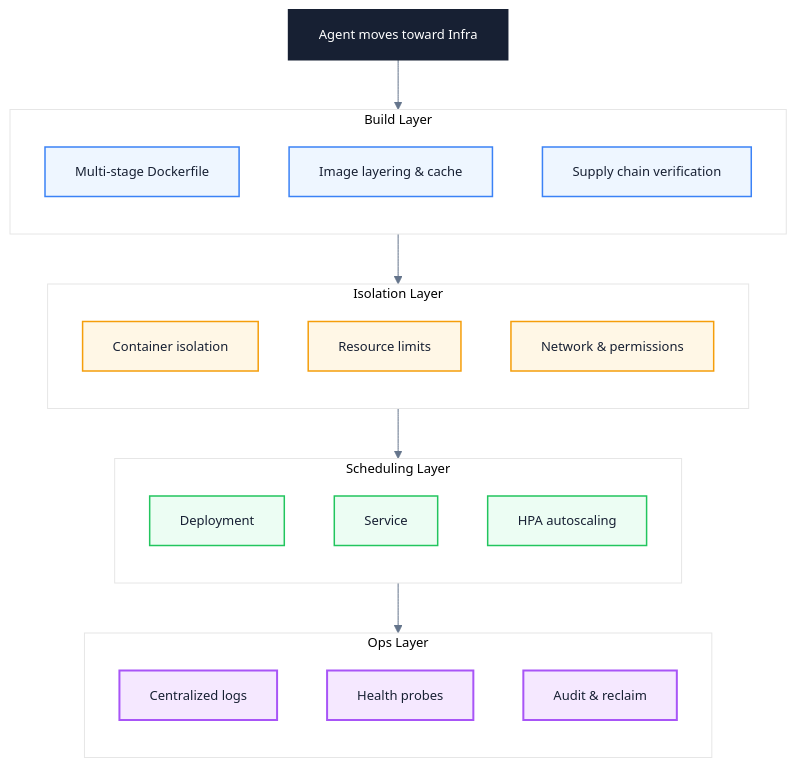
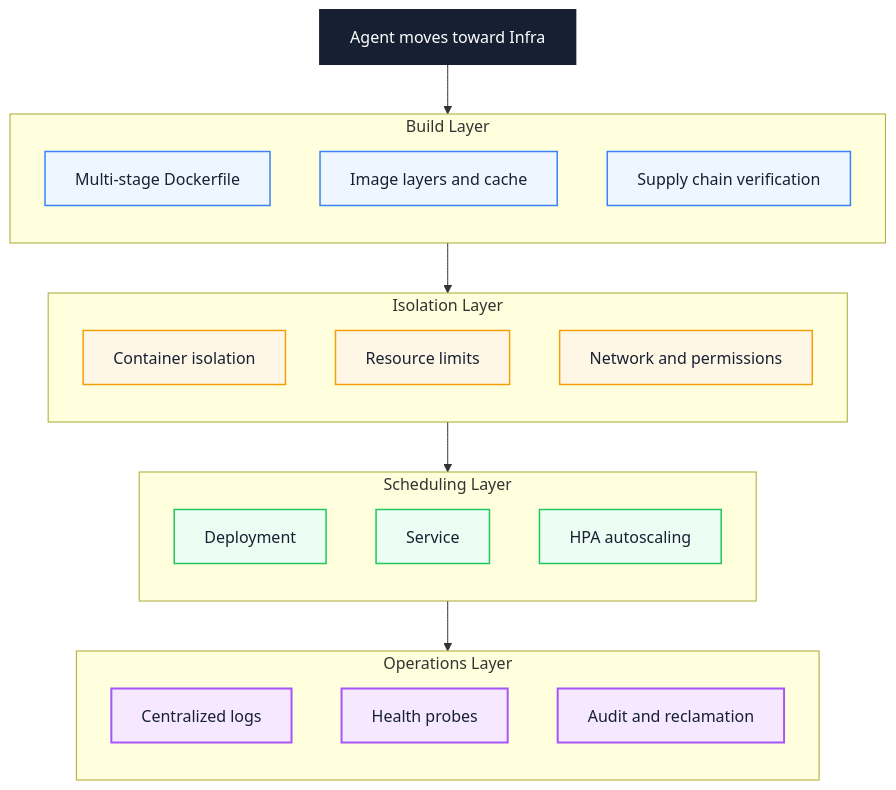
The fifth of 6 diagrams in docs/en/ai/agent-engineering-learning-path.md (Fatejian/frontier-vault), drawn with Mermaid before and after one commit. The commit also changed other lines of this file and 41 other files, not shown here.

````diff
--- a/docs/en/ai/agent-engineering-learning-path.md
+++ b/docs/en/ai/agent-engineering-learning-path.md
@@ -458,50 +552,49 @@
 ```mermaid
-%%{init: {'theme': 'base', 'themeVariables': {'fontFamily': 'Inter, PingFang SC, Microsoft YaHei, sans-serif', 'primaryColor': '#F8FAFC', 'primaryTextColor': '#172033', 'primaryBorderColor': '#CBD5E1', 'lineColor': '#64748B', 'fontSize': '13px'}}}%%
 flowchart TB
     Core["Agent moves toward Infra"]
 
     subgraph Build["Build Layer"]
         direction TB
         B1["Multi-stage Dockerfile"]
-        B2["Image layering & cache"]
+        B2["Image layers and cache"]
         B3["Supply chain verification"]
     end
 
     subgraph Isolate["Isolation Layer"]
         direction TB
         IS1["Container isolation"]
         IS2["Resource limits"]
-        IS3["Network & permissions"]
+        IS3["Network and permissions"]
     end
 
     subgraph Schedule["Scheduling Layer"]
         direction TB
         K1["Deployment"]
         K2["Service"]
         K3["HPA autoscaling"]
     end
 
-    subgraph Observe["Ops Layer"]
+    subgraph Observe["Operations Layer"]
         direction TB
         O1["Centralized logs"]
         O2["Health probes"]
-        O3["Audit & reclaim"]
+        O3["Audit and reclamation"]
     end
 
     Core --> Build
     Build --> Isolate
     Isolate --> Schedule
     Schedule --> Observe
 
     classDef core fill:#172033,color:#fff,stroke:#172033,stroke-width:2px;
     classDef wait fill:#EEF6FF,stroke:#3B82F6,color:#172033,stroke-width:1.5px;
     classDef block fill:#FFF7E6,stroke:#F59E0B,color:#172033,stroke-width:1.5px;
     classDef work fill:#ECFDF3,stroke:#22C55E,color:#172033,stroke-width:1.5px;
     classDef metric fill:#F5E8FF,stroke:#A855F7,color:#172033,stroke-width:2px;
 
     class Core core;
     class B1,B2,B3 wait;
     class IS1,IS2,IS3 block;
     class K1,K2,K3 work;
     class O1,O2,O3 metric;
 ```
````
